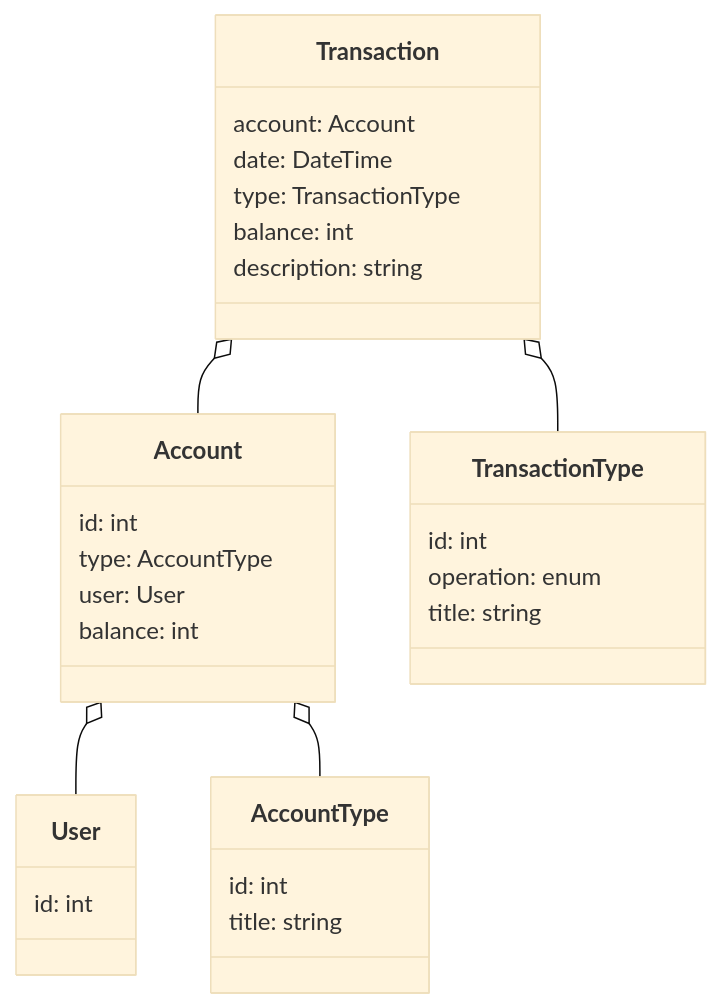
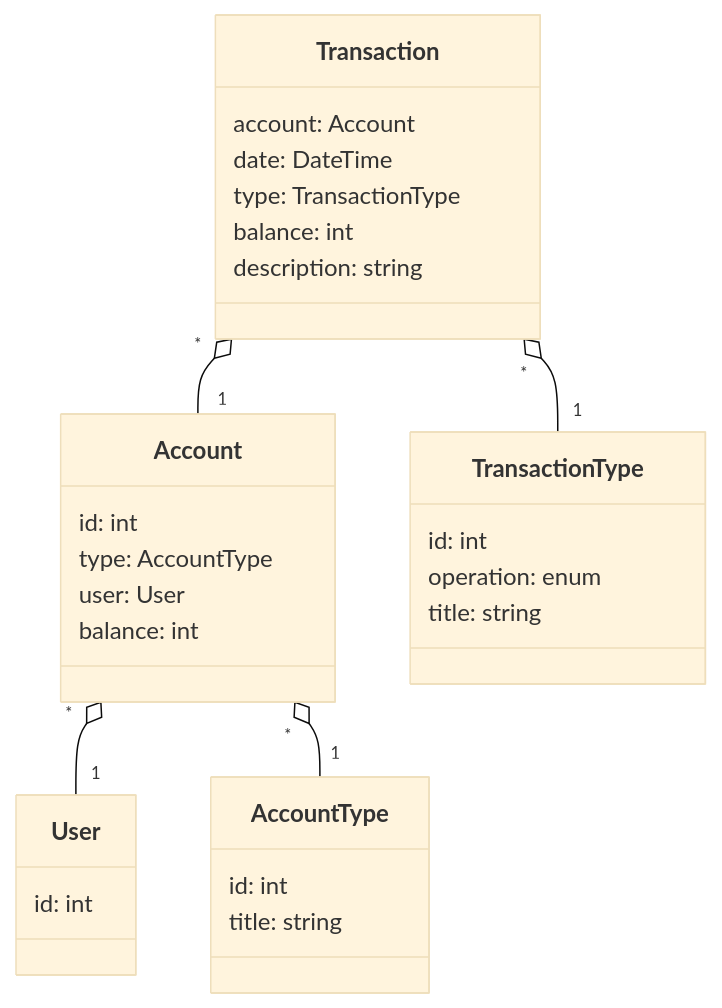
Before and after one commit to vasiliishvakin/cashoptimizer: the diagram in docs/classes.md, drawn with Mermaid (base theme). The commit also changed 4 other files, not shown here.

Commit message:
build: add xdebug and phpunit coverage settings, add multiplicity on relations to class diagram

````diff
--- a/docs/classes.md
+++ b/docs/classes.md
@@ -1,39 +1,39 @@
 ```mermaid
 classDiagram
 
     class User {
         id: int
     }
 
     class AccountType {
         id: int
         title: string
     }
 
     class Account {
         id: int
         type: AccountType
         user: User
         balance: int
     }
 
 %% 0 - set; -1 - remove, +1 - add
     class TransactionType {
         id: int
         operation: enum
         title: string
     }
 
     class Transaction {
         account: Account
         date: DateTime
         type: TransactionType
         balance: int
         description: string
     }
 
-    Account o-- User
-    Account o-- AccountType
-    Transaction o-- Account
-    Transaction o-- TransactionType
+    Account "*" o-- "1" User
+    Account "*" o-- "1" AccountType
+    Transaction "*" o-- "1" Account
+    Transaction "*" o-- "1" TransactionType
 ```
````
